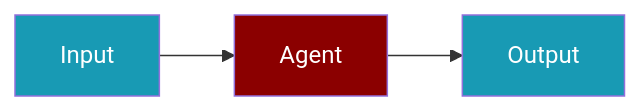
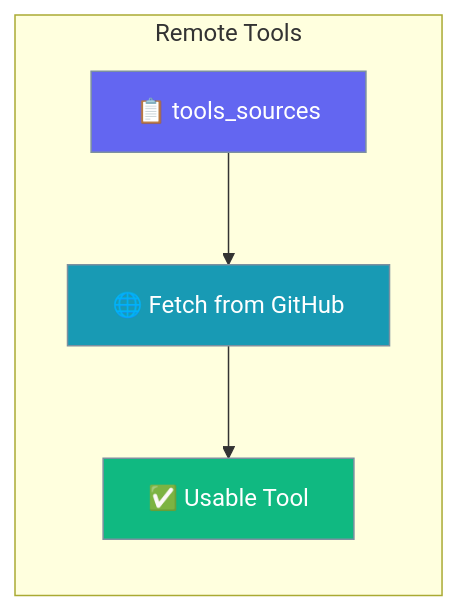
One commit to MervinPraison/PraisonAIDocs changed the first of 2 diagrams in docs/guides/tools/remote-tools-github.mdx. Above: the diagram before and after it, drawn with Mermaid. The commit also changed other lines of this file and 5 other files, not shown here.

````diff
--- a/docs/guides/tools/remote-tools-github.mdx
+++ b/docs/guides/tools/remote-tools-github.mdx
@@ -19,11 +19,15 @@
 ```mermaid
 graph LR
-    U[Input] --> A[Agent]
-    A --> O[Output]
+    subgraph "Remote Tools"
+        U[📋 tools_sources] --> A[🌐 Fetch from GitHub]
+        A --> O[✅ Usable Tool]
+    end
 
-    classDef agent fill:#8B0000,color:#fff
-    classDef tool fill:#189AB4,color:#fff
+    classDef input fill:#6366F1,stroke:#7C90A0,color:#fff
+    classDef process fill:#189AB4,stroke:#7C90A0,color:#fff
+    classDef output fill:#10B981,stroke:#7C90A0,color:#fff
 
-    class A agent
-    class U,O tool
+    class U input
+    class A process
+    class O output
 ```
````
